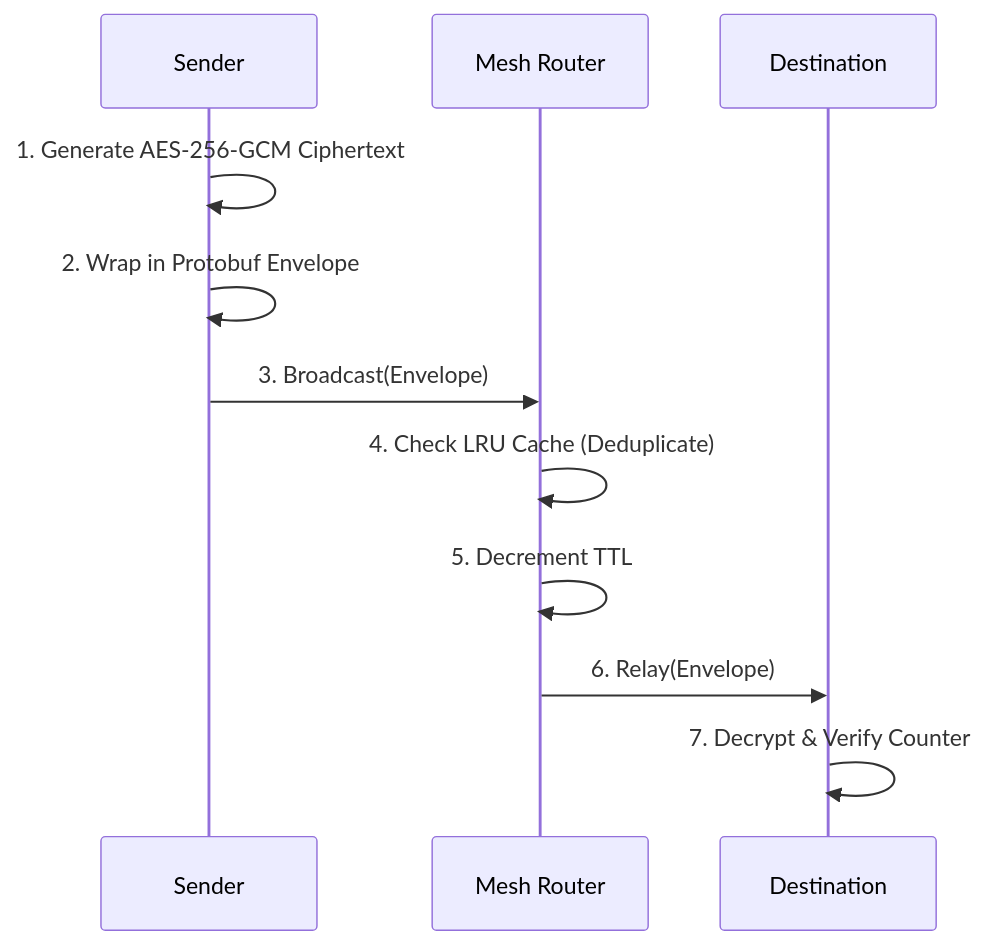
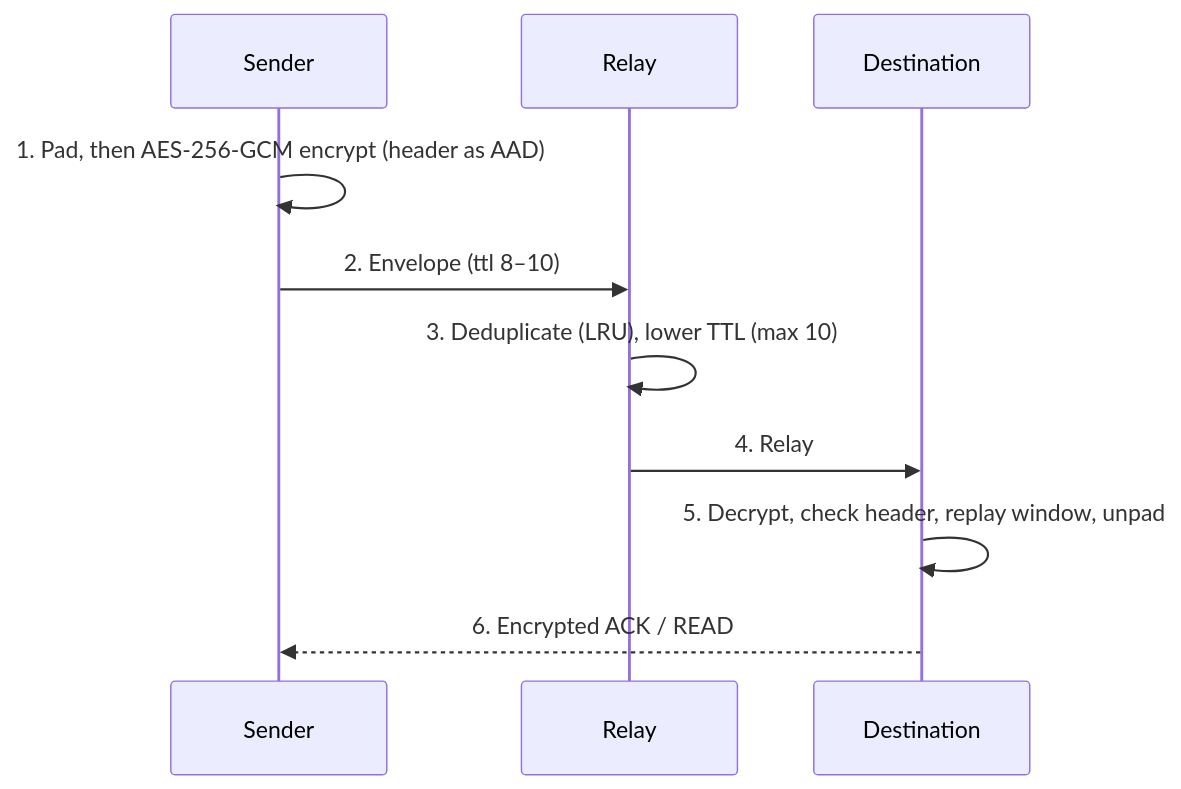
The second of 3 diagrams in README.md (aarushchaudhary/ComLink), drawn with Mermaid before and after one commit. The commit also changed other lines of this file and 4 other files, not shown here.

````diff
--- a/README.md
+++ b/README.md
@@ -47,14 +78,13 @@
 ```mermaid
 sequenceDiagram
     participant S as Sender
-    participant R as Mesh Router
+    participant R as Relay
     participant D as Destination
 
-    S->>S: 1. Generate AES-256-GCM Ciphertext
-    S->>S: 2. Wrap in Protobuf Envelope
-    S->>R: 3. Broadcast(Envelope)
-    R->>R: 4. Check LRU Cache (Deduplicate)
-    R->>R: 5. Decrement TTL
-    R->>D: 6. Relay(Envelope)
-    D->>D: 7. Decrypt & Verify Counter
+    S->>S: 1. Pad, then AES-256-GCM encrypt (header as AAD)
+    S->>R: 2. Envelope (ttl 8–10)
+    R->>R: 3. Deduplicate (LRU), lower TTL (max 10)
+    R->>D: 4. Relay
+    D->>D: 5. Decrypt, check header, replay window, unpad
+    D-->>S: 6. Encrypted ACK / READ
 ```
````
